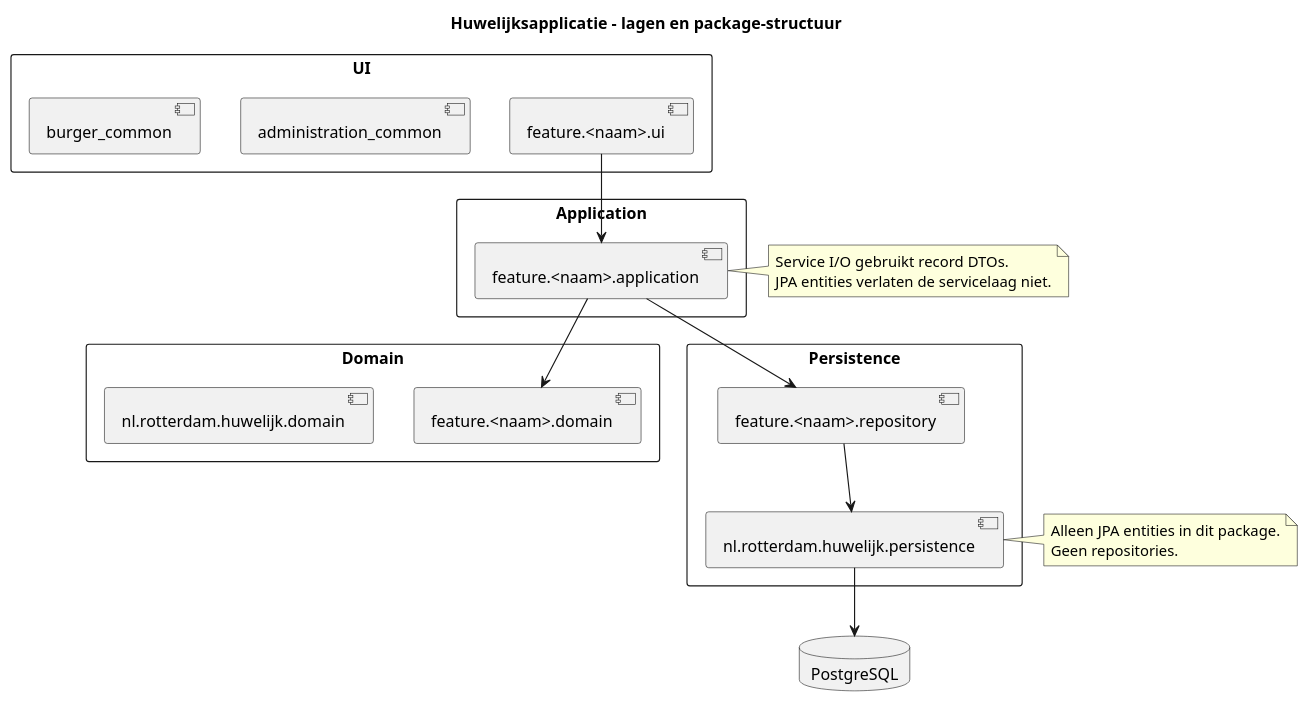
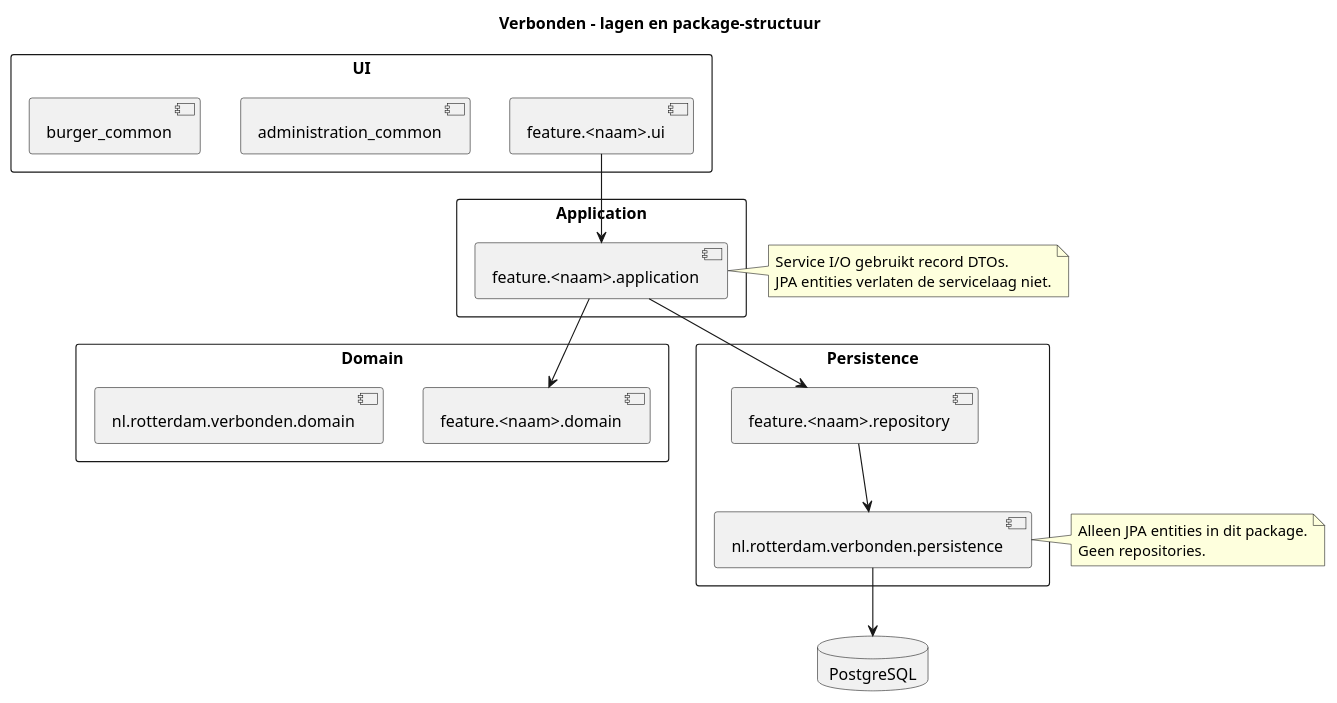
One commit to Municipality-of-Rotterdam/verbonden changed the diagram in docs/architectuur-lagen.puml. Above: the diagram before and after it, drawn with PlantUML. The commit also changed 381 other files, not shown here.

First line of the commit message:
Rename product identity from huwelijk-poc-copilot to Verbonden

```diff
--- a/docs/architectuur-lagen.puml
+++ b/docs/architectuur-lagen.puml
@@ -1,45 +1,45 @@
 @startuml
 skinparam packageStyle rectangle
 skinparam shadowing false
 
-title Huwelijksapplicatie - lagen en package-structuur
+title Verbonden - lagen en package-structuur
 
 package "UI" {
   [feature.<naam>.ui]
   [administration_common]
   [burger_common]
 }
 
 package "Application" {
   [feature.<naam>.application]
 }
 
 package "Domain" {
   [feature.<naam>.domain]
-  [nl.rotterdam.huwelijk.domain]
+  [nl.rotterdam.verbonden.domain]
 }
 
 package "Persistence" {
   [feature.<naam>.repository]
-  [nl.rotterdam.huwelijk.persistence]
+  [nl.rotterdam.verbonden.persistence]
 }
 
 database "PostgreSQL" as Db
 
 [feature.<naam>.ui] --> [feature.<naam>.application]
 [feature.<naam>.application] --> [feature.<naam>.domain]
 [feature.<naam>.application] --> [feature.<naam>.repository]
-[feature.<naam>.repository] --> [nl.rotterdam.huwelijk.persistence]
-[nl.rotterdam.huwelijk.persistence] --> Db
+[feature.<naam>.repository] --> [nl.rotterdam.verbonden.persistence]
+[nl.rotterdam.verbonden.persistence] --> Db
 
-note right of [nl.rotterdam.huwelijk.persistence]
+note right of [nl.rotterdam.verbonden.persistence]
 Alleen JPA entities in dit package.
 Geen repositories.
 end note
 
 note left of [feature.<naam>.application]
 Service I/O gebruikt record DTOs.
 JPA entities verlaten de servicelaag niet.
 end note
 
 @enduml
```
